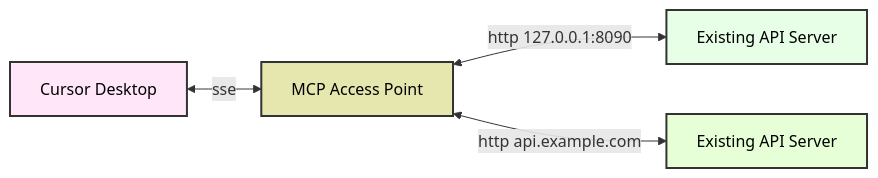
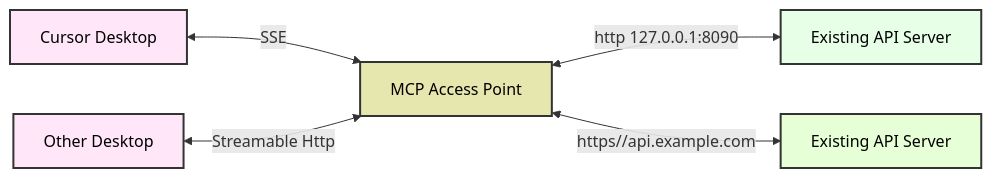
Before and after one commit to sxhxliang/mcp-access-point: the diagram in README.md, drawn with Mermaid. The commit also changed other lines of this file and 2 other files, not shown here.

````diff
--- a/README.md
+++ b/README.md
@@ -21,11 +21,13 @@
 ```mermaid
 graph LR
-   A["Cursor Desktop"] <--> |sse| B["MCP Access Point"]
+   A["Cursor Desktop"] <--> |SSE| B["MCP Access Point"]
+   A2["Other Desktop"] <--> |Streamable Http| B["MCP Access Point"]
    B <--> |http 127.0.0.1:8090| C1["Existing API Server"]
-   B <--> |http api.example.com| C2["Existing API Server"]
-
+   B <--> |https//api.example.com| C2["Existing API Server"]
+  
+   style A2 fill:#ffe6f9,stroke:#333,color:black,stroke-width:2px
    style A fill:#ffe6f9,stroke:#333,color:black,stroke-width:2px
    style B fill:#e6e6af,stroke:#333,color:black,stroke-width:2px
    style C1 fill:#e6ffe6,stroke:#333,color:black,stroke-width:2px
    style C2 fill:#e6ffd6,stroke:#333,color:black,stroke-width:2px
 ```
````
